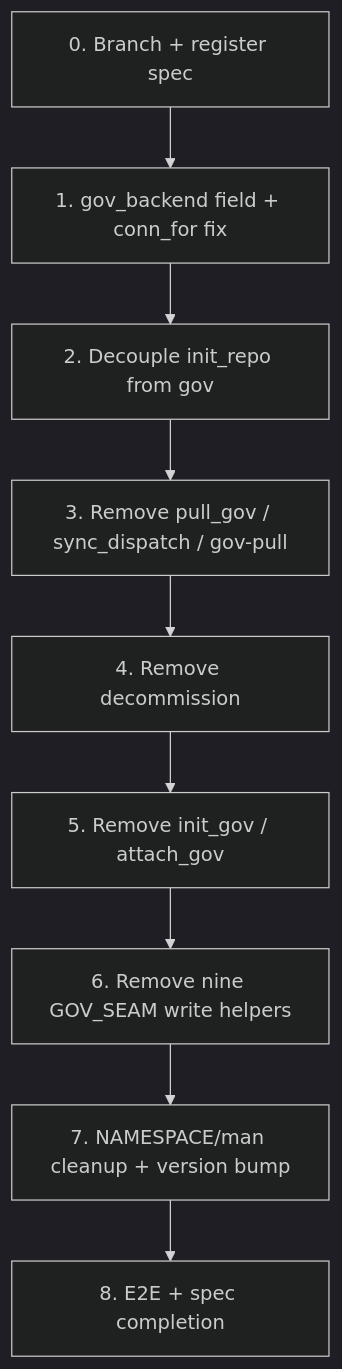
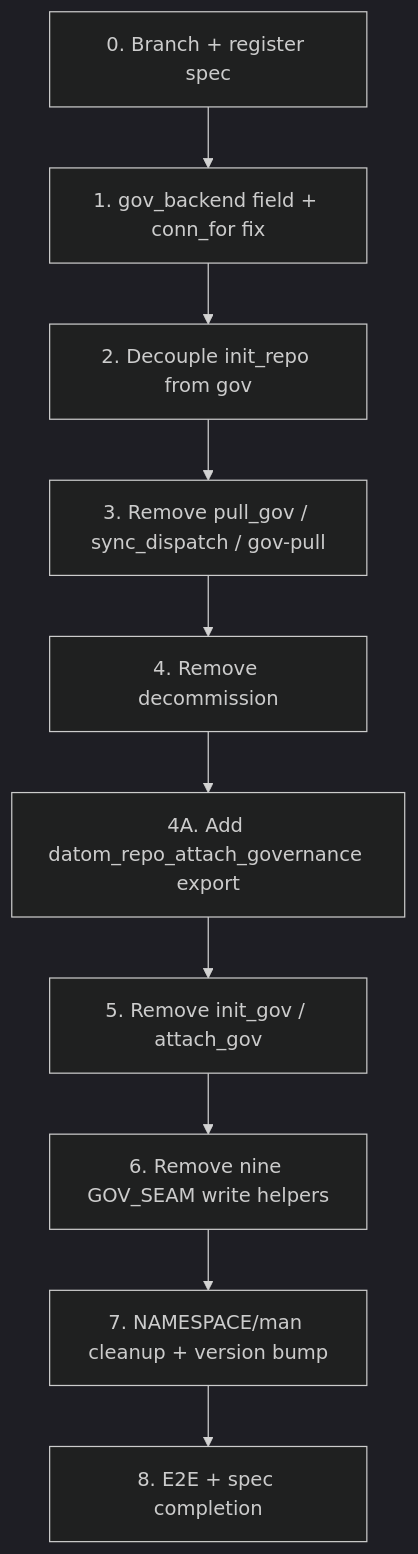
One commit to amashadihossein/datom changed the diagram in .kiro/specs/gov-seam-liftout/tasks.md. Above: the diagram before and after it, drawn with Mermaid (dark theme). The commit also changed other lines of this file and 8 other files, not shown here.

````diff
--- a/.kiro/specs/gov-seam-liftout/tasks.md
+++ b/.kiro/specs/gov-seam-liftout/tasks.md
@@ -16,11 +16,12 @@
 ```mermaid
 graph TD
     T0[0. Branch + register spec] --> T1[1. gov_backend field + conn_for fix]
     T1 --> T2[2. Decouple init_repo from gov]
     T2 --> T3[3. Remove pull_gov / sync_dispatch / gov-pull]
     T3 --> T4[4. Remove decommission]
-    T4 --> T5[5. Remove init_gov / attach_gov]
+    T4 --> T4A[4A. Add datom_repo_attach_governance export]
+    T4A --> T5[5. Remove init_gov / attach_gov]
     T5 --> T6[6. Remove nine GOV_SEAM write helpers]
     T6 --> T7[7. NAMESPACE/man cleanup + version bump]
     T7 --> T8[8. E2E + spec completion]
 ```
````
